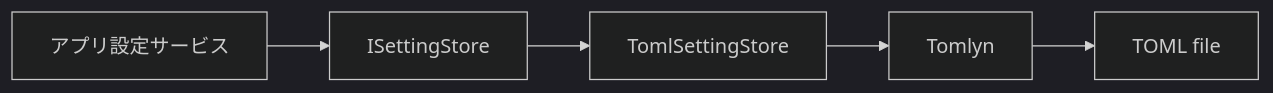
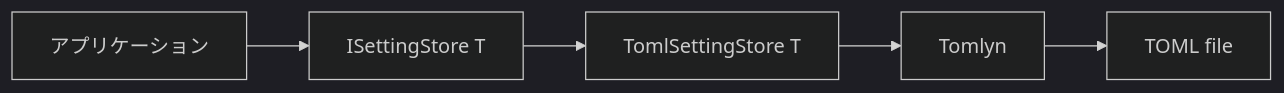
Before and after one commit to MinMax25/libQB: the fifth of 6 diagrams in docs/Architecture.md, drawn with Mermaid (dark theme). The commit also changed other lines of this file and 3 other files, not shown here.

````diff
--- a/docs/Architecture.md
+++ b/docs/Architecture.md
@@ -154,7 +127,7 @@
 ```mermaid
 flowchart LR
-    App[アプリ設定サービス] --> Port[ISettingStore<T>]
-    Port --> Adapter[TomlSettingStore<T>]
+    App[アプリケーション] --> Port[ISettingStore T]
+    Port --> Adapter[TomlSettingStore T]
     Adapter --> Tomlyn[Tomlyn]
     Tomlyn --> File[TOML file]
 ```
````
